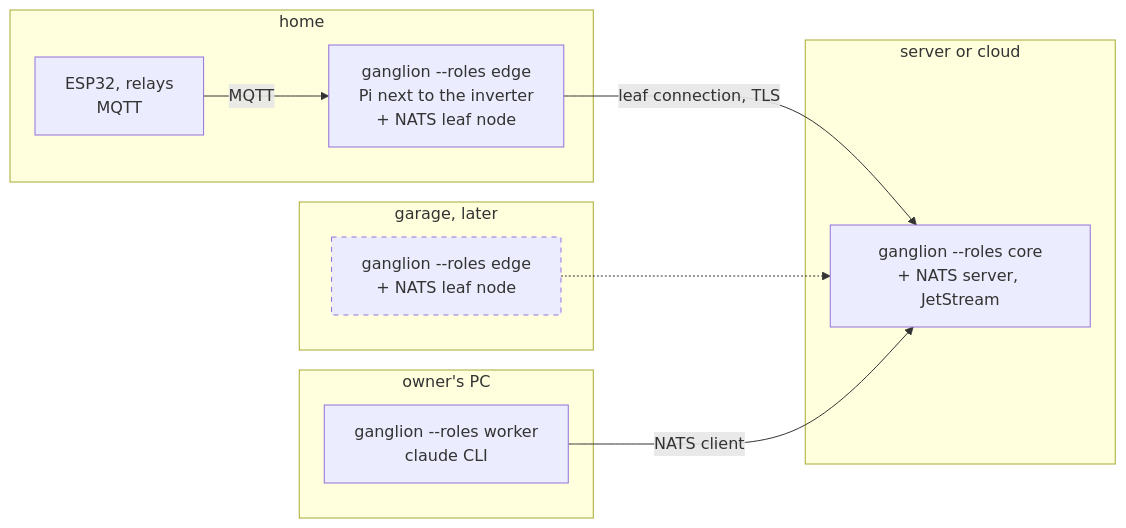
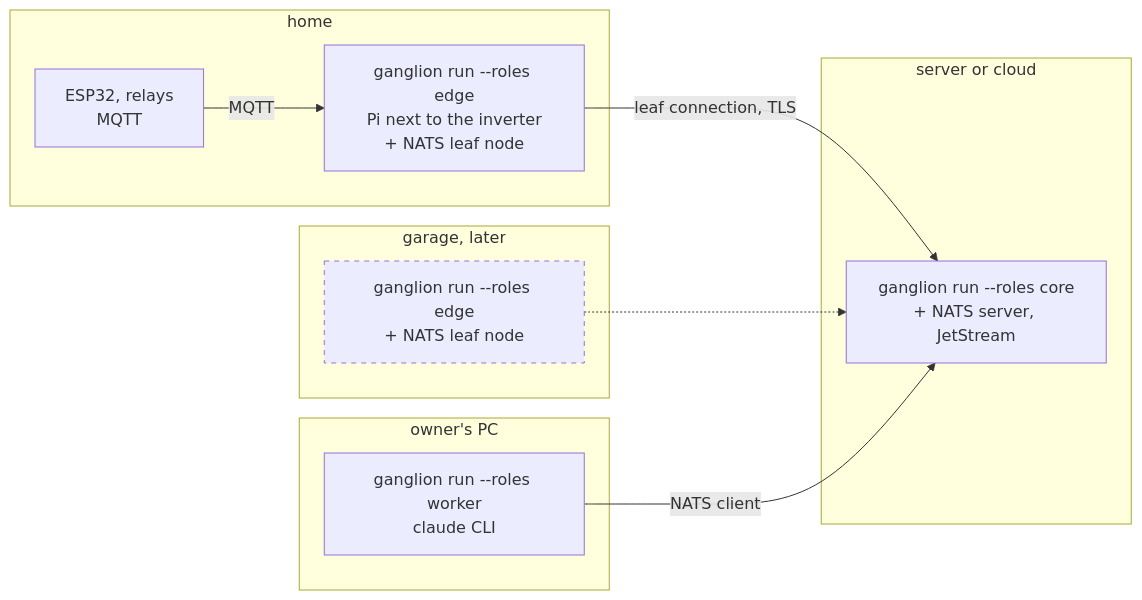
One commit to igorrius/ganglion changed the third of 3 diagrams in docs/architecture/02-containers.md. Above: the diagram before and after it, drawn with Mermaid. The commit also changed other lines of this file and 2 other files, not shown here.

Commit message:
docs: refactoring measured and closed; ganglion run in the views
Binary 34.1 MB (+1.3 MB: samber/do, urfave/cli); RSS after 1,000 agent
turns 35.2 MB (+0.9 MB). Where we are, the containers view and the
plan's baseline table updated; a live smoke run on the test bot started,
polled and stopped cleanly.

Claude-Session: https://claude.ai/code/session_01US3HyFJEFAdqYTA8vsF2B5

````diff
--- a/docs/architecture/02-containers.md
+++ b/docs/architecture/02-containers.md
@@ -91,23 +91,23 @@
 ```mermaid
 flowchart LR
     subgraph server["server or cloud"]
-        cn["ganglion --roles core<br/>+ NATS server, JetStream"]
+        cn["ganglion run --roles core<br/>+ NATS server, JetStream"]
     end
     subgraph home["home"]
-        e1["ganglion --roles edge<br/>Pi next to the inverter<br/>+ NATS leaf node"]
+        e1["ganglion run --roles edge<br/>Pi next to the inverter<br/>+ NATS leaf node"]
         esp["ESP32, relays<br/>MQTT"]
     end
     subgraph garage["garage, later"]
-        e2["ganglion --roles edge<br/>+ NATS leaf node"]
+        e2["ganglion run --roles edge<br/>+ NATS leaf node"]
     end
     subgraph pc["owner's PC"]
-        wk["ganglion --roles worker<br/>claude CLI"]
+        wk["ganglion run --roles worker<br/>claude CLI"]
     end
     e1 -- "leaf connection, TLS" --> cn
     e2 -.-> cn
     wk -- "NATS client" --> cn
     esp -- "MQTT" --> e1
 
     classDef planned stroke-dasharray: 5 5
     class e2 planned
 ```
````
